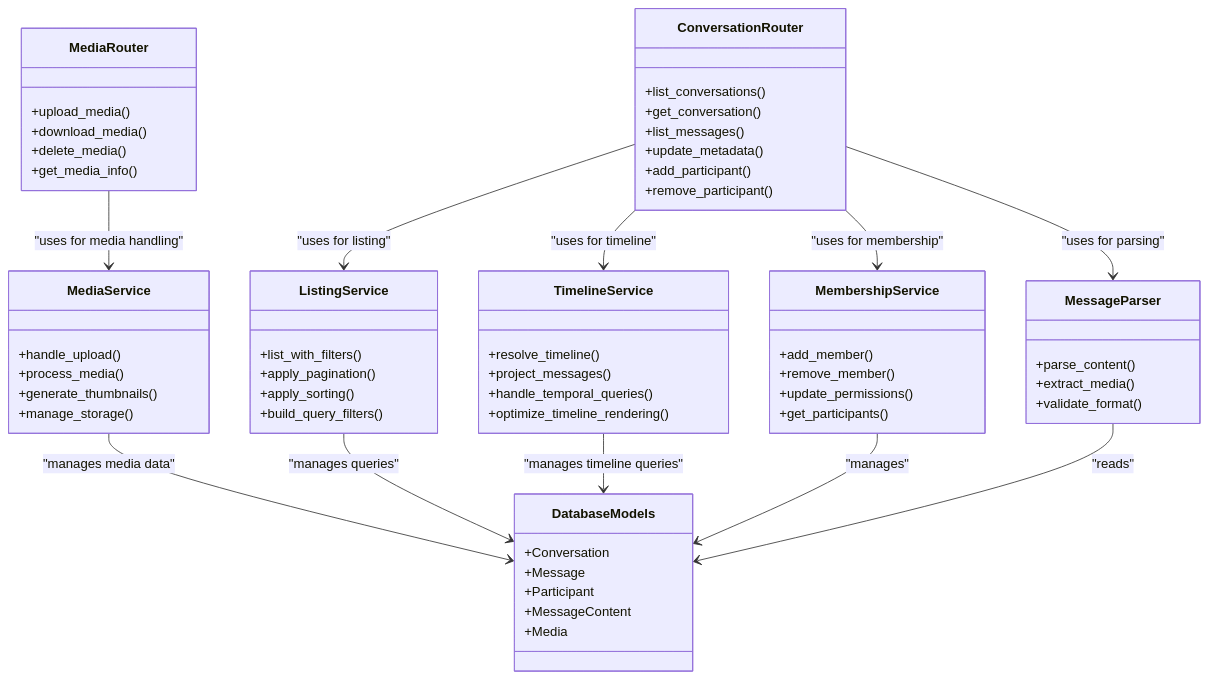
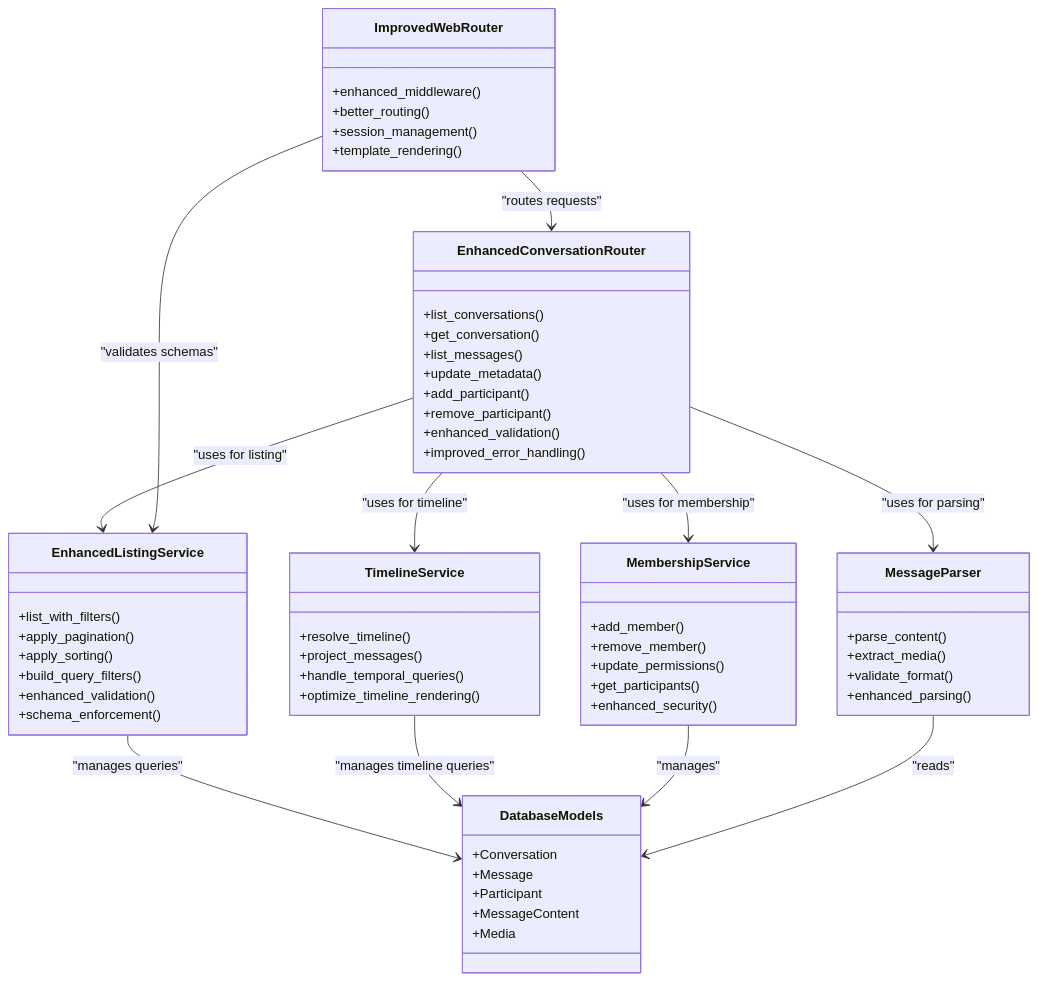
One commit to zuohaisu/wecom-archive changed the third of 3 diagrams in .qoder/repowiki/en/content/API Reference/Conversations API.md. Above: the diagram before and after it, drawn with Mermaid. The commit also changed other lines of this file and 95 other files, not shown here.

````diff
--- a/.qoder/repowiki/en/content/API Reference/Conversations API.md
+++ b/.qoder/repowiki/en/content/API Reference/Conversations API.md
@@ -323,63 +331,63 @@
 ```mermaid
 classDiagram
-class ConversationRouter {
+class EnhancedConversationRouter {
 +list_conversations()
 +get_conversation()
 +list_messages()
 +update_metadata()
 +add_participant()
 +remove_participant()
++enhanced_validation()
++improved_error_handling()
 }
-class MediaRouter {
-+upload_media()
-+download_media()
-+delete_media()
-+get_media_info()
+class ImprovedWebRouter {
++enhanced_middleware()
++better_routing()
++session_management()
++template_rendering()
 }
-class ListingService {
+class EnhancedListingService {
 +list_with_filters()
 +apply_pagination()
 +apply_sorting()
 +build_query_filters()
++enhanced_validation()
++schema_enforcement()
 }
 class TimelineService {
 +resolve_timeline()
 +project_messages()
 +handle_temporal_queries()
 +optimize_timeline_rendering()
 }
-class MediaService {
-+handle_upload()
-+process_media()
-+generate_thumbnails()
-+manage_storage()
-}
 class MembershipService {
 +add_member()
 +remove_member()
 +update_permissions()
 +get_participants()
++enhanced_security()
 }
 class MessageParser {
 +parse_content()
 +extract_media()
 +validate_format()
++enhanced_parsing()
 }
 class DatabaseModels {
 +Conversation
 +Message
 +Participant
 +MessageContent
 +Media
 }
-ConversationRouter --> ListingService : "uses for listing"
-ConversationRouter --> TimelineService : "uses for timeline"
-ConversationRouter --> MembershipService : "uses for membership"
-ConversationRouter --> MessageParser : "uses for parsing"
-MediaRouter --> MediaService : "uses for media handling"
-MediaService --> DatabaseModels : "manages media data"
-ListingService --> DatabaseModels : "manages queries"
+EnhancedConversationRouter --> EnhancedListingService : "uses for listing"
+EnhancedConversationRouter --> TimelineService : "uses for timeline"
+EnhancedConversationRouter --> MembershipService : "uses for membership"
+EnhancedConversationRouter --> MessageParser : "uses for parsing"
+ImprovedWebRouter --> EnhancedConversationRouter : "routes requests"
+ImprovedWebRouter --> EnhancedListingService : "validates schemas"
+EnhancedListingService --> DatabaseModels : "manages queries"
 TimelineService --> DatabaseModels : "manages timeline queries"
 MembershipService --> DatabaseModels : "manages"
 MessageParser --> DatabaseModels : "reads"
 ```
````
